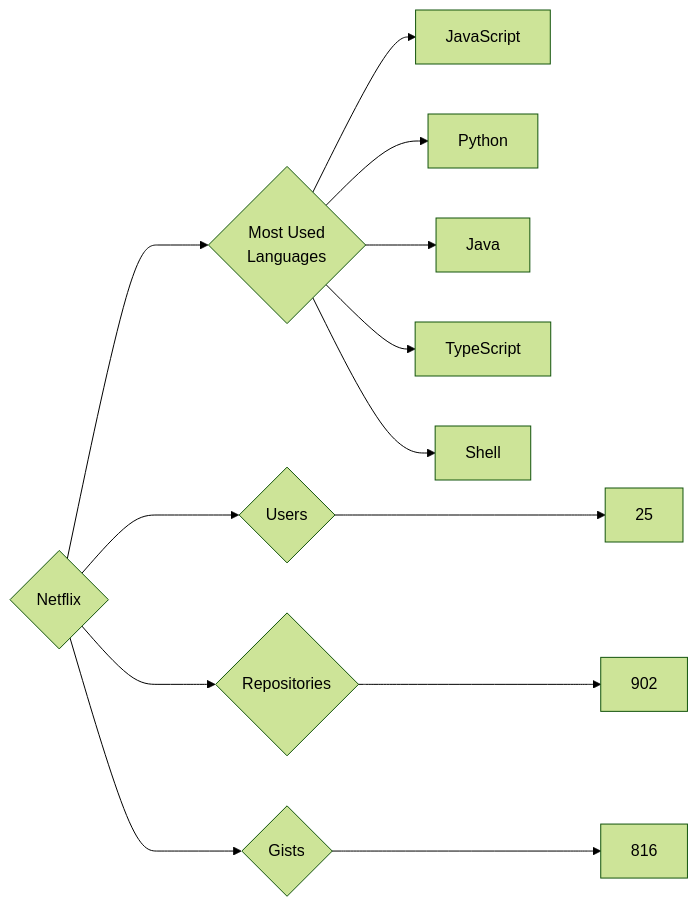
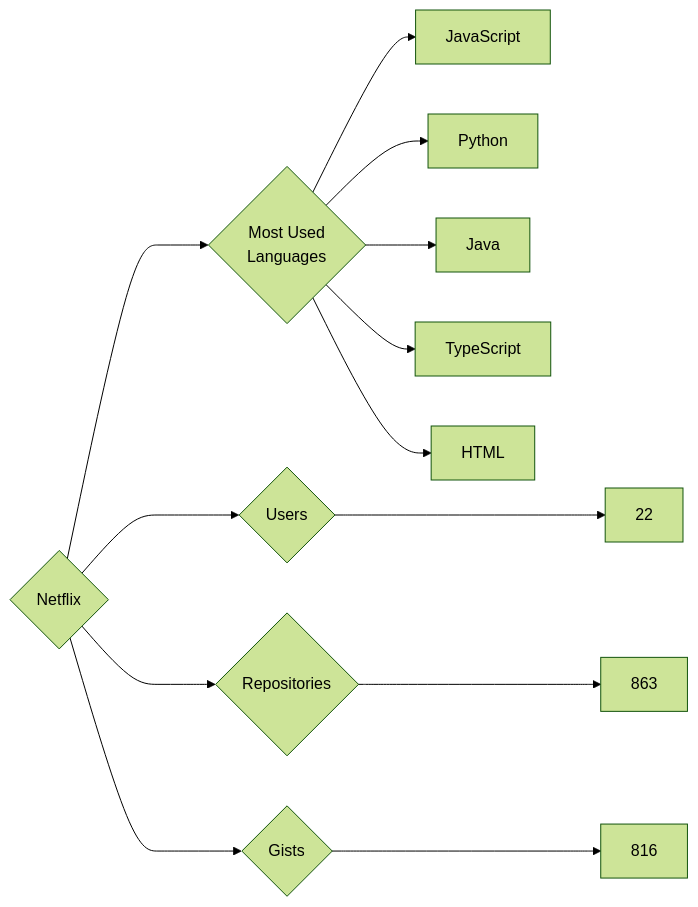
Before and after one commit to trickest/insiders: the diagram in targets/Netflix/README.md, drawn with Mermaid (forest theme). The commit also changed 799 other files, not shown here.

````diff
--- a/targets/Netflix/README.md
+++ b/targets/Netflix/README.md
@@ -3,13 +3,13 @@
 ```mermaid
 graph LR
 COMPANY_NAME{Netflix}
-COMPANY_NAME ---> U{Users} ---> UN[25]
-COMPANY_NAME ---> R{Repositories} ---> RN[902]
+COMPANY_NAME ---> U{Users} ---> UN[22]
+COMPANY_NAME ---> R{Repositories} ---> RN[863]
 COMPANY_NAME ---> G{Gists} ---> GN[816]
 COMPANY_NAME ---> ML{Most Used<br>Languages}
 ML --> JavaScript[JavaScript]
 ML --> Python[Python]
 ML --> Java[Java]
 ML --> TypeScript[TypeScript]
-ML --> Shell[Shell]
+ML --> HTML[HTML]
 ```
````
